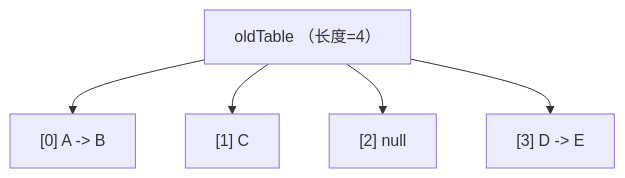
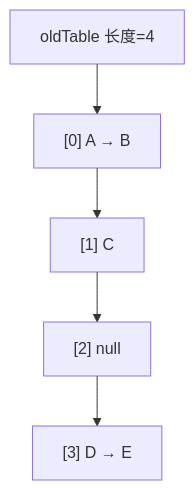
Before and after one commit to rebibabo/rebibabo.github.io: diagram 17 of 26 in source/_posts/concurrency/22-ConcurrentHashMap 为什么能支持高并发访问.md, drawn with Mermaid. The commit also changed other lines of this file and 3 other files, not shown here.

````diff
--- a/source/_posts/concurrency/22-ConcurrentHashMap 为什么能支持高并发访问.md
+++ b/source/_posts/concurrency/22-ConcurrentHashMap 为什么能支持高并发访问.md
@@ -267,8 +267,8 @@
 ```mermaid
 graph TD
-    oldTable["oldTable （长度=4）"]
-    oldTable --> o0["[0] A -> B"]
-    oldTable --> o1["[1] C"]
-    oldTable --> o2["[2] null"]
-    oldTable --> o3["[3] D -> E"]
+    oldTable["oldTable 长度=4"]
+    oldTable --> o0["[0] A → B"]
+    o0 --> o1["[1] C"]
+    o1 --> o2["[2] null"]
+    o2 --> o3["[3] D → E"]
 ```
````
